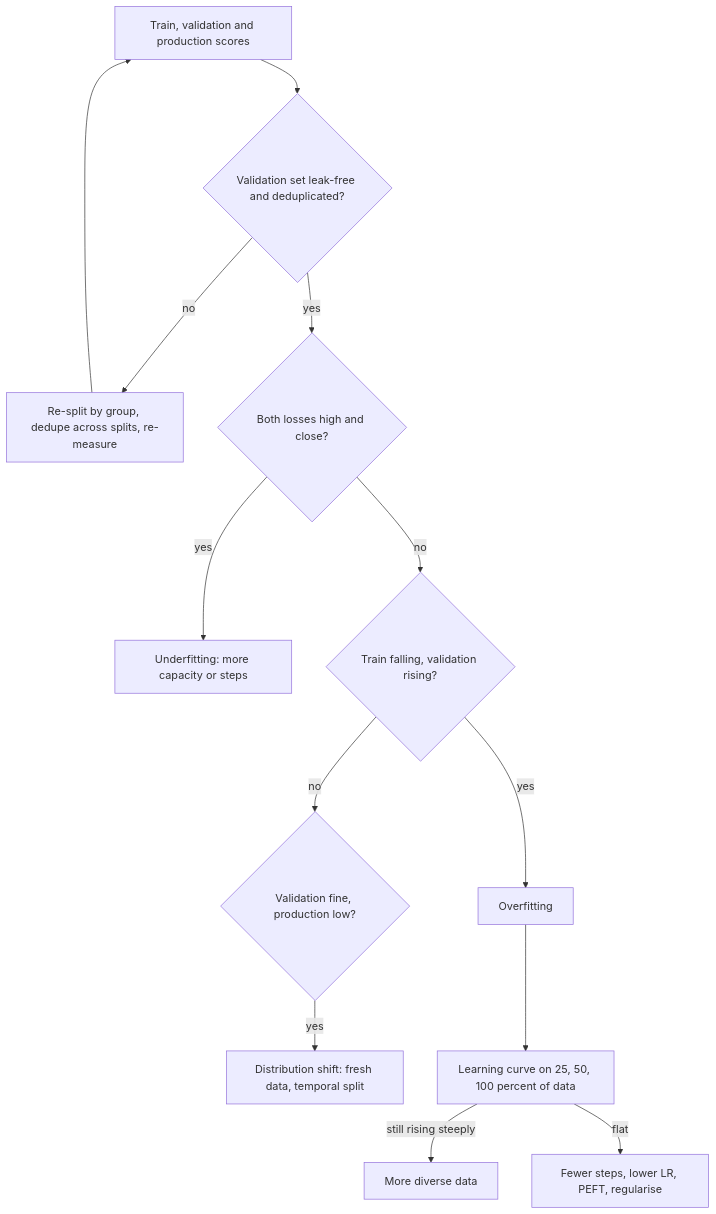
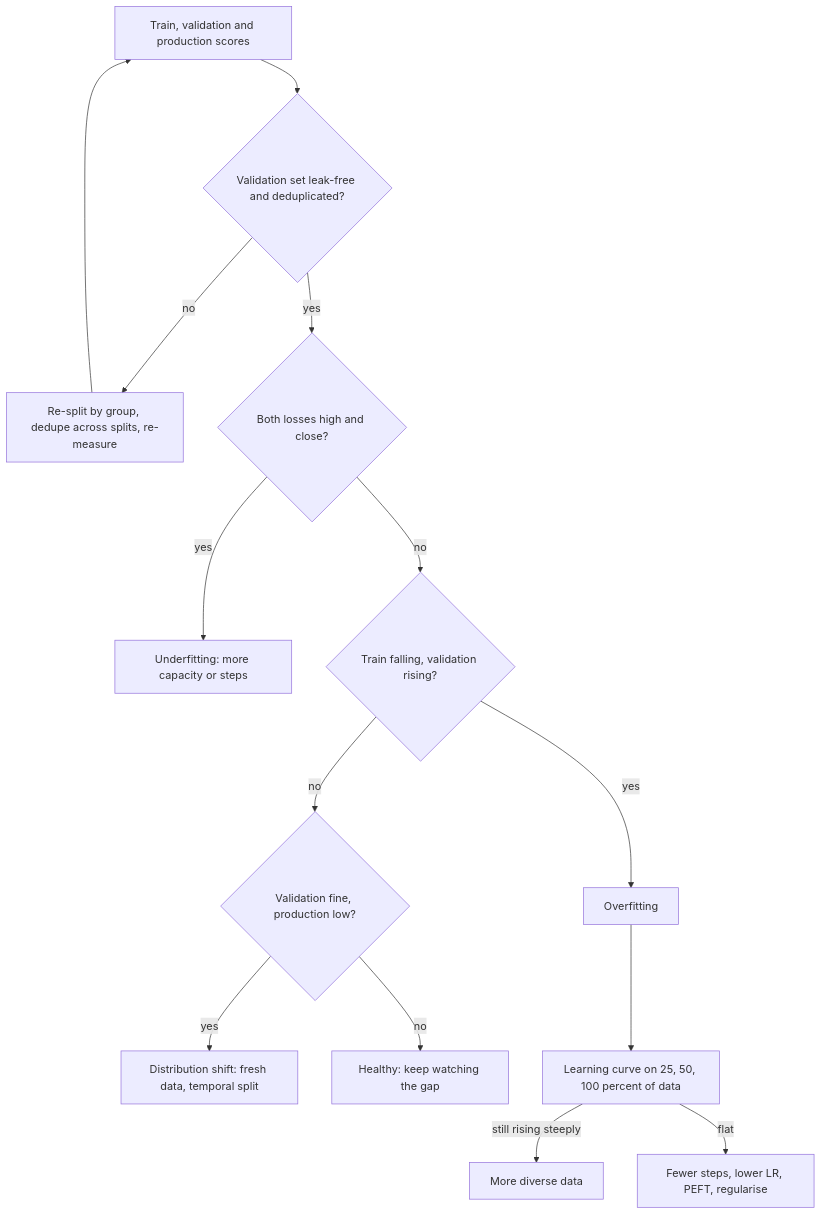
The diagram in content/training-adaptation/overfitting.md (lovishmahajan97/agentic-learning), drawn with Mermaid before and after one commit. The commit also changed other lines of this file and 278 other files, not shown here.

````diff
--- a/content/training-adaptation/overfitting.md
+++ b/content/training-adaptation/overfitting.md
@@ -115,15 +115,16 @@
 ```mermaid
 flowchart TD
     S["Train, validation and production scores"] --> L{"Validation set leak-free and deduplicated?"}
     L -->|"no"| FX["Re-split by group, dedupe across splits, re-measure"]
     FX --> S
     L -->|"yes"| A{"Both losses high and close?"}
     A -->|"yes"| U["Underfitting: more capacity or steps"]
     A -->|"no"| B{"Train falling, validation rising?"}
     B -->|"yes"| O["Overfitting"]
     B -->|"no"| C{"Validation fine, production low?"}
     C -->|"yes"| DS["Distribution shift: fresh data, temporal split"]
+    C -->|"no"| OK["Healthy: keep watching the gap"]
     O --> LC["Learning curve on 25, 50, 100 percent of data"]
     LC -->|"still rising steeply"| MD["More diverse data"]
     LC -->|"flat"| ST["Fewer steps, lower LR, PEFT, regularise"]
 ```
````
